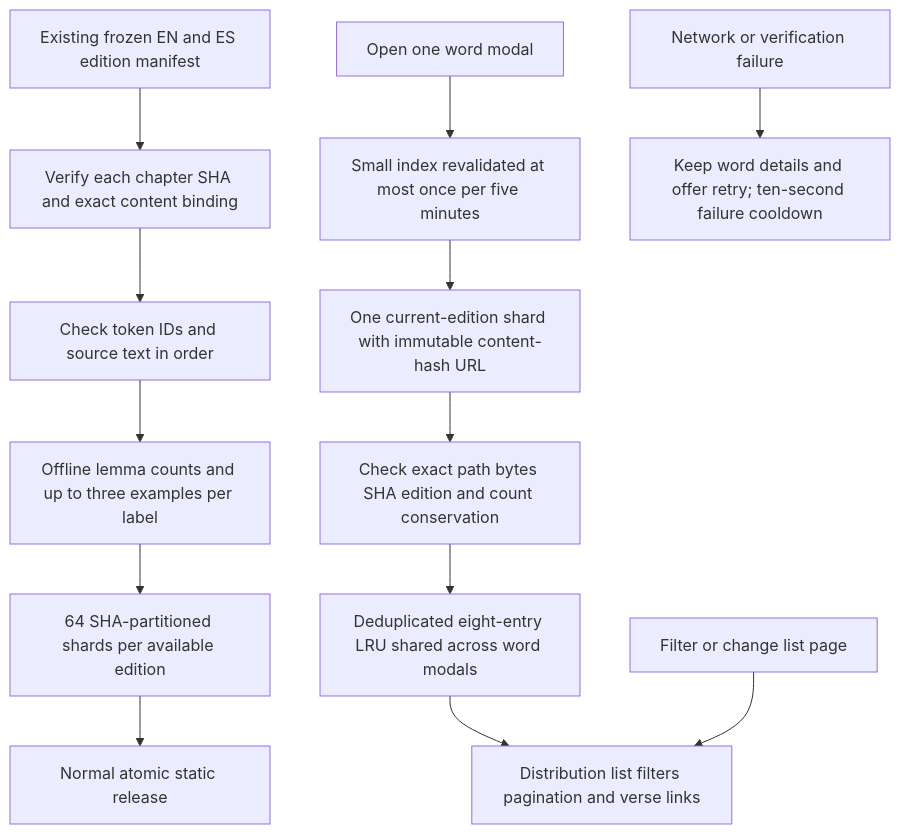
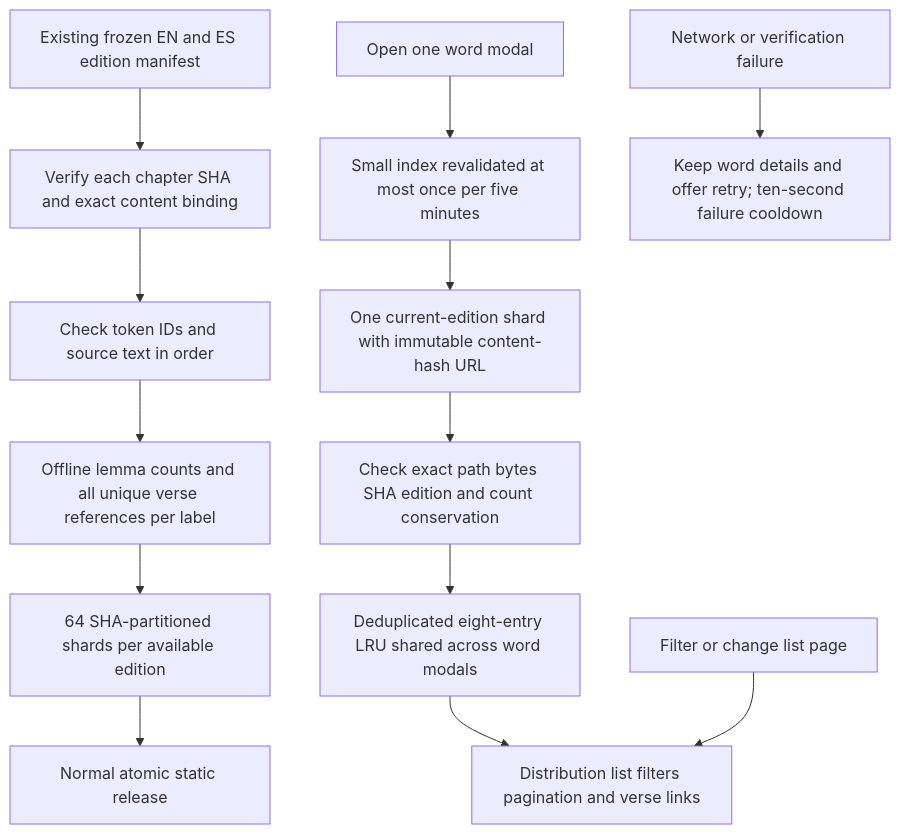
One commit to loveJesus/visual-biblical-language-reader-chirho changed the first of 2 diagrams in spec-chirho/workflows-chirho/hosting-chirho/word-study-chirho.md. Above: the diagram before and after it, drawn with Mermaid. The commit also changed other lines of this file and 419 other files, not shown here.

````diff
--- a/spec-chirho/workflows-chirho/hosting-chirho/word-study-chirho.md
+++ b/spec-chirho/workflows-chirho/hosting-chirho/word-study-chirho.md
@@ -5,15 +5,15 @@
 ```mermaid
 flowchart TD
   EditionsChirho[Existing frozen EN and ES edition manifest] --> VerifyChirho[Verify each chapter SHA and exact content binding]
   VerifyChirho --> AlignChirho[Check token IDs and source text in order]
-  AlignChirho --> CountChirho[Offline lemma counts and up to three examples per label]
+  AlignChirho --> CountChirho[Offline lemma counts and all unique verse references per label]
   CountChirho --> ShardChirho[64 SHA-partitioned shards per available edition]
   ShardChirho --> PublishChirho[Normal atomic static release]
   OpenChirho[Open one word modal] --> IndexChirho[Small index revalidated at most once per five minutes]
   IndexChirho --> FetchChirho[One current-edition shard with immutable content-hash URL]
   FetchChirho --> CheckChirho[Check exact path bytes SHA edition and count conservation]
   CheckChirho --> CacheChirho[Deduplicated eight-entry LRU shared across word modals]
   CacheChirho --> ChartChirho[Distribution list filters pagination and verse links]
   FilterChirho[Filter or change list page] --> ChartChirho
   FailChirho[Network or verification failure] --> QuietChirho[Keep word details and offer retry; ten-second failure cooldown]
 ```
````
